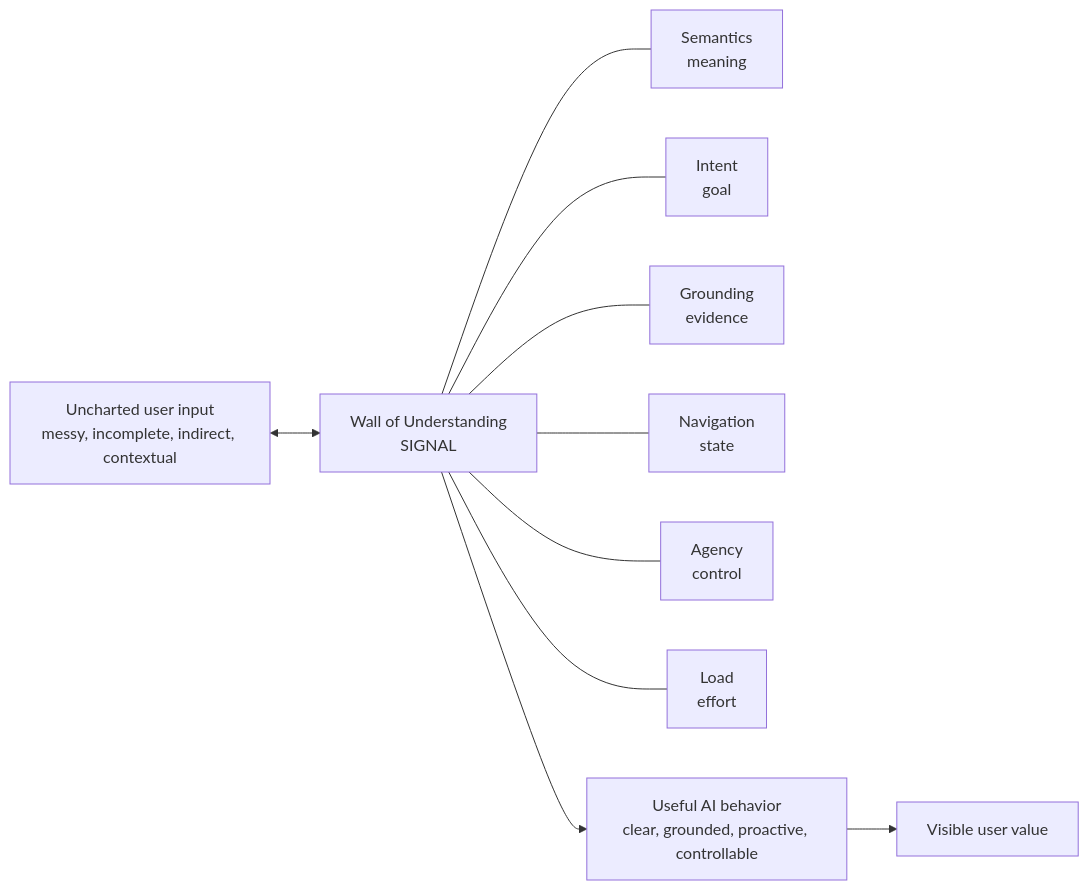
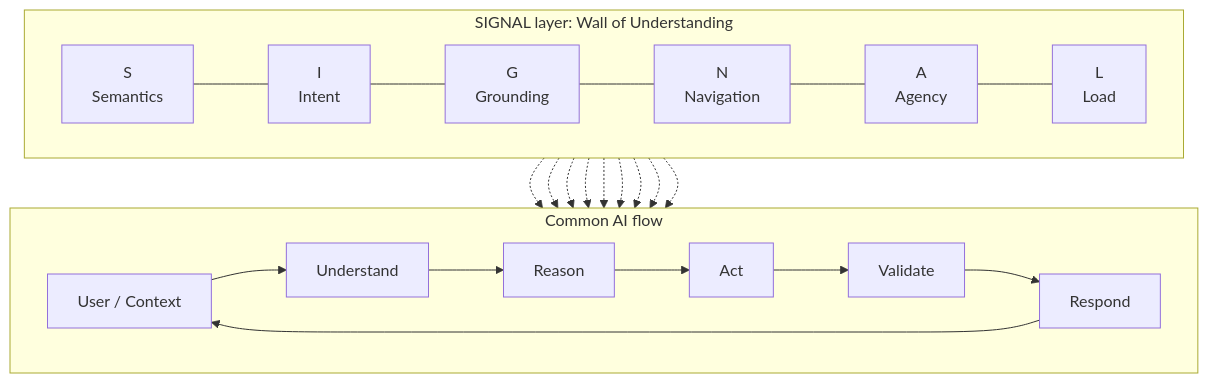
One commit to hi-mundo/SIGNAL changed the first of 4 diagrams in FRAMEWORK.md. Above: the diagram before and after it, drawn with Mermaid. The commit also changed other lines of this file and 5 other files, not shown here.

Commit message:
docs: refine SIGNAL flow and application model

````diff
--- a/FRAMEWORK.md
+++ b/FRAMEWORK.md
@@ -109,14 +107,27 @@
 ```mermaid
-flowchart LR
-    U["Uncharted user input<br/>messy, incomplete, indirect, contextual"] <--> W["Wall of Understanding<br/>SIGNAL"]
+flowchart TB
+    subgraph L["SIGNAL layer: Wall of Understanding"]
+        direction LR
+        S["S<br/>Semantics"] --- I["I<br/>Intent"] --- G["G<br/>Grounding"] --- N["N<br/>Navigation"] --- A["A<br/>Agency"] --- LD["L<br/>Load"]
+    end
 
-    W --- S["Semantics<br/>meaning"]
-    W --- I["Intent<br/>goal"]
-    W --- G["Grounding<br/>evidence"]
-    W --- N["Navigation<br/>state"]
-    W --- A["Agency<br/>control"]
-    W --- L["Load<br/>effort"]
+    subgraph F["Common AI flow"]
+        direction LR
+        U["User / Context"] --> UN["Understand"]
+        UN --> R["Reason"]
+        R --> AC["Act"]
+        AC --> V["Validate"]
+        V --> RP["Respond"]
+        RP --> U
+    end
 
-    W --> B["Useful AI behavior<br/>clear, grounded, proactive, controllable"]
-    B --> V["Visible user value"]
+    S -.-> UN
+    I -.-> UN
+    G -.-> R
+    N -.-> R
+    A -.-> AC
+    G -.-> V
+    A -.-> V
+    N -.-> V
+    LD -.-> RP
 ```
````
